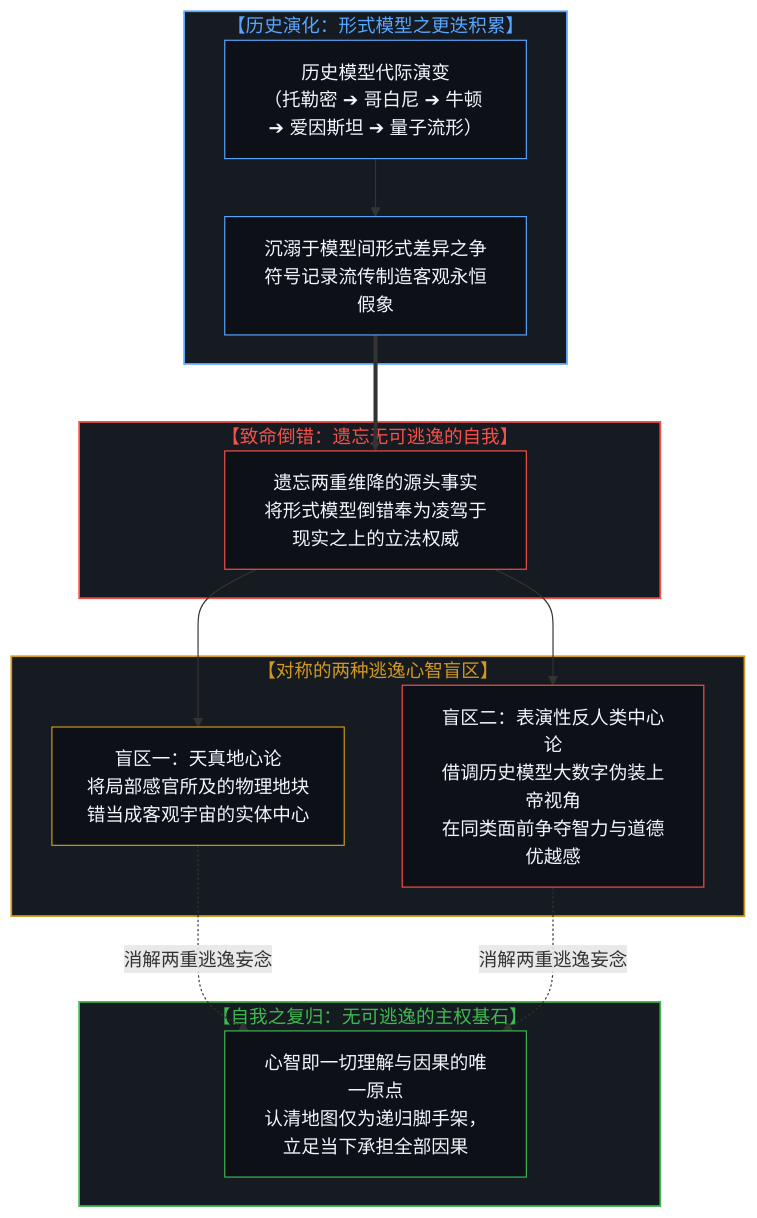
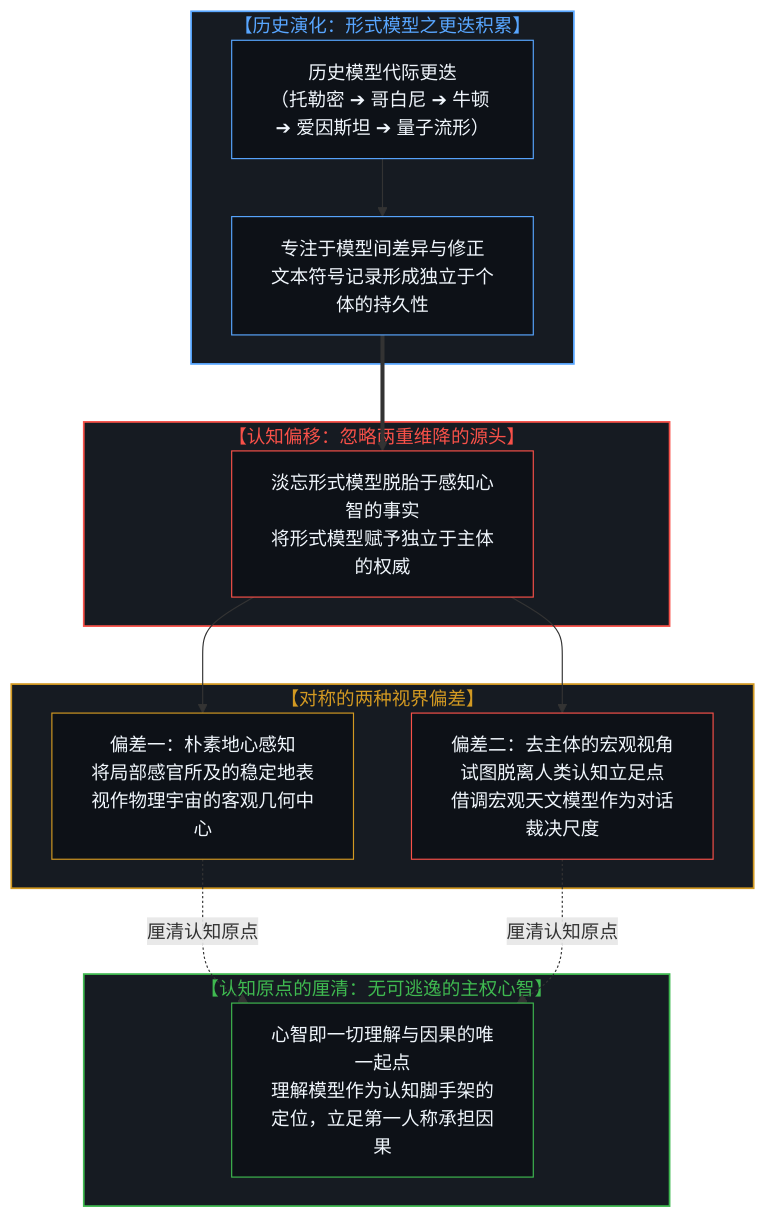
The fifth of 8 diagrams in content/posts/one-cannot-escape-ones-own-mind.md (powerpig99/not-a-toe), drawn with Mermaid before and after one commit. The commit also changed other lines of this file and 2 other files, not shown here.

````diff
--- a/content/posts/one-cannot-escape-ones-own-mind.md
+++ b/content/posts/one-cannot-escape-ones-own-mind.md
@@ -149,38 +153,38 @@
 ```mermaid
 flowchart TD
     subgraph S_HistoricalEvolution ["【历史演化：形式模型之更迭积累】"]
-        H1["历史模型代际演变<br/>（托勒密 ➔ 哥白尼 ➔ 牛顿 ➔ 爱因斯坦 ➔ 量子流形）"]
-        H2["沉溺于模型间形式差异之争<br/>符号记录流传制造客观永恒假象"]
+        H1["历史模型代际更迭<br/>（托勒密 ➔ 哥白尼 ➔ 牛顿 ➔ 爱因斯坦 ➔ 量子流形）"]
+        H2["专注于模型间差异与修正<br/>文本符号记录形成独立于个体的持久性"]
         H1 --> H2
     end
 
-    subgraph S_Amnesia ["【致命倒错：遗忘无可逃逸的自我】"]
-        A1["遗忘两重维降的源头事实<br/>将形式模型倒错奉为凌驾于现实之上的立法权威"]
+    subgraph S_Amnesia ["【认知偏移：忽略两重维降的源头】"]
+        A1["淡忘形式模型脱胎于感知心智的事实<br/>将形式模型赋予独立于主体的权威"]
     end
 
-    subgraph S_TwoTraps ["【对称的两种逃逸心智盲区】"]
-        T1["盲区一：天真地心论<br/>将局部感官所及的物理地块<br/>错当成客观宇宙的实体中心"]
-        T2["盲区二：表演性反人类中心论<br/>借调历史模型大数字伪装上帝视角<br/>在同类面前争夺智力与道德优越感"]
+    subgraph S_TwoTraps ["【对称的两种视界偏差】"]
+        T1["偏差一：朴素地心感知<br/>将局部感官所及的稳定地表<br/>视作物理宇宙的客观几何中心"]
+        T2["偏差二：去主体的宏观视角<br/>试图脱离人类认知立足点<br/>借调宏观天文模型作为对话裁决尺度"]
     end
 
-    subgraph S_SovereignReturn ["【自我之复归：无可逃逸的主权基石】"]
-        SR1["心智即一切理解与因果的唯一原点<br/>认清地图仅为递归脚手架，立足当下承担全部因果"]
+    subgraph S_SovereignReturn ["【认知原点的厘清：无可逃逸的主权心智】"]
+        SR1["心智即一切理解与因果的唯一起点<br/>理解模型作为认知脚手架的定位，立足第一人称承担因果"]
     end
 
     H2 ==> A1
     A1 --> T1
     A1 --> T2
-    T1 -.->|"消解两重逃逸妄念"| SR1
-    T2 -.->|"消解两重逃逸妄念"| SR1
+    T1 -.->|"厘清认知原点"| SR1
+    T2 -.->|"厘清认知原点"| SR1
 
     style S_HistoricalEvolution fill:#161b22,stroke:#58a6ff,stroke-width:1.5px,color:#58a6ff
     style S_Amnesia fill:#161b22,stroke:#f85149,stroke-width:1.5px,color:#f85149
     style S_TwoTraps fill:#161b22,stroke:#d29922,stroke-width:1.5px,color:#d29922
     style S_SovereignReturn fill:#161b22,stroke:#3fb950,stroke-width:1.5px,color:#3fb950
     style H1 fill:#0d1117,stroke:#58a6ff,stroke-width:1px,color:#f0f6fc
     style H2 fill:#0d1117,stroke:#58a6ff,stroke-width:1px,color:#f0f6fc
     style A1 fill:#0d1117,stroke:#f85149,stroke-width:1px,color:#f0f6fc
     style T1 fill:#0d1117,stroke:#d29922,stroke-width:1px,color:#f0f6fc
     style T2 fill:#0d1117,stroke:#f85149,stroke-width:1px,color:#f0f6fc
     style SR1 fill:#0d1117,stroke:#3fb950,stroke-width:1px,color:#f0f6fc
 ```
````
